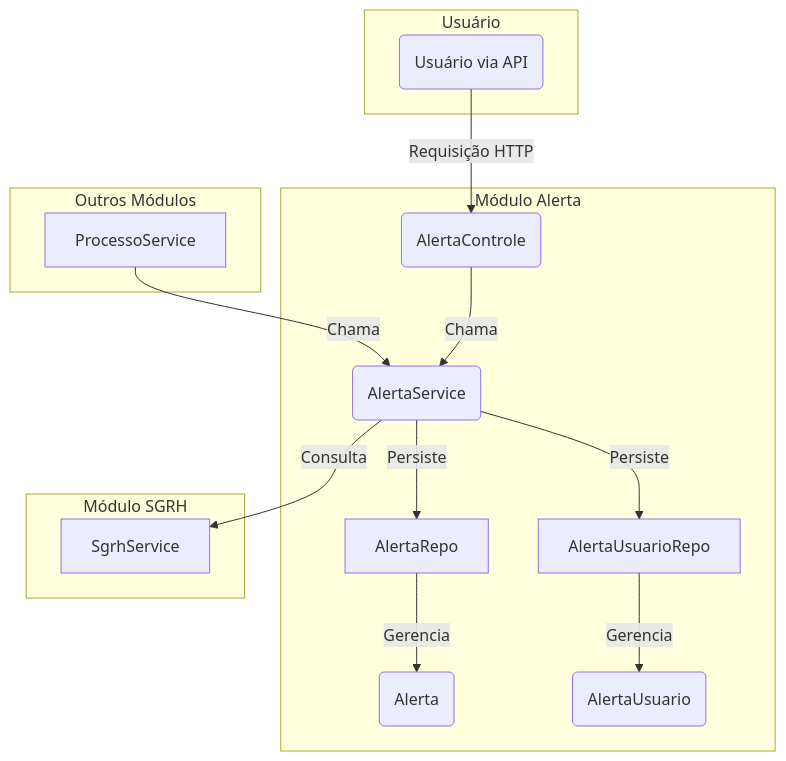
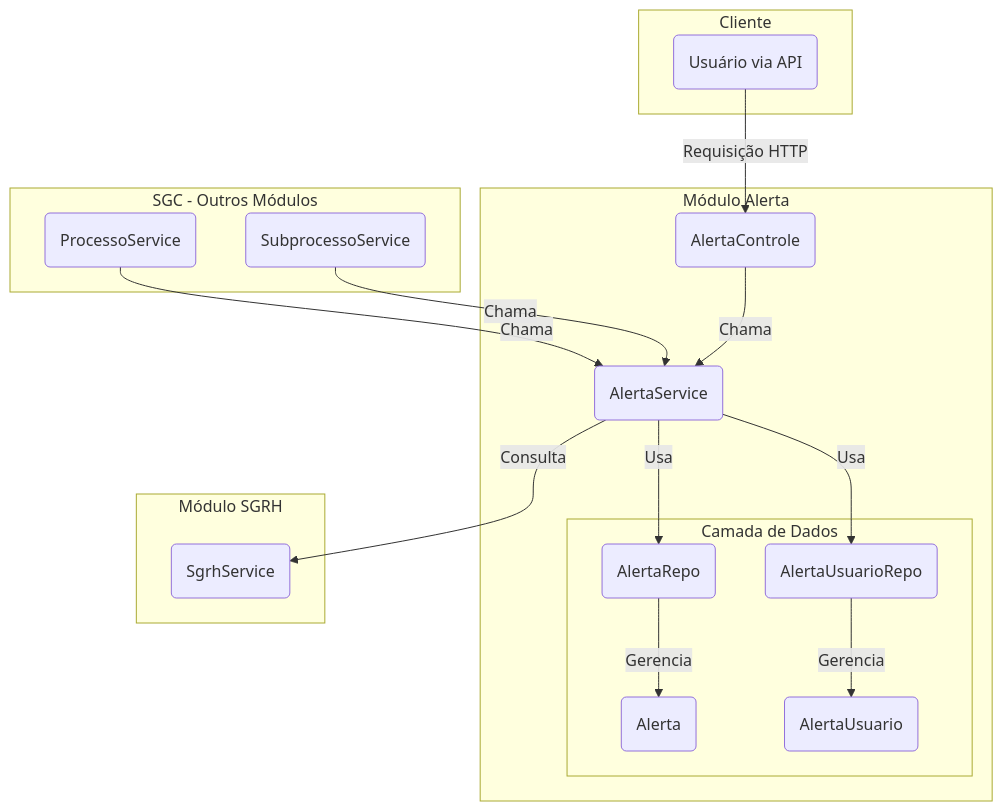
One commit to lgalvao/sgc changed the diagram in backend/src/main/java/sgc/alerta/README.md. Above: the diagram before and after it, drawn with Mermaid. The commit also changed other lines of this file and 23 other files, not shown here.

First line of the commit message:
docs: Update all backend READMEs and add Mermaid diagrams

````diff
--- a/backend/src/main/java/sgc/alerta/README.md
+++ b/backend/src/main/java/sgc/alerta/README.md
@@ -45,32 +22,40 @@
 ```mermaid
 graph TD
-    subgraph "Outros Módulos"
-        A[ProcessoService]
+    subgraph "SGC - Outros Módulos"
+        ProcessoService(ProcessoService)
+        SubprocessoService(SubprocessoService)
     end
 
     subgraph "Módulo Alerta"
-        B(AlertaService)
-        C(AlertaControle)
-        D[AlertaRepo]
-        E[AlertaUsuarioRepo]
-        F(Alerta)
-        G(AlertaUsuario)
+        AlertaControle(AlertaControle)
+        AlertaService(AlertaService)
+
+        subgraph "Camada de Dados"
+            AlertaRepo(AlertaRepo)
+            AlertaUsuarioRepo(AlertaUsuarioRepo)
+            Alerta(Alerta)
+            AlertaUsuario(AlertaUsuario)
+        end
     end
 
     subgraph "Módulo SGRH"
-        H[SgrhService]
+        SgrhService(SgrhService)
     end
 
-    subgraph "Usuário"
-        U(Usuário via API)
+    subgraph "Cliente"
+        UsuarioAPI(Usuário via API)
     end
 
-    A -- Chama --> B
-    B -- Consulta --> H
-    B -- Persiste --> D
-    B -- Persiste --> E
-    D -- Gerencia --> F
-    E -- Gerencia --> G
-    U -- Requisição HTTP --> C
-    C -- Chama --> B
+    ProcessoService -- Chama --> AlertaService
+    SubprocessoService -- Chama --> AlertaService
+
+    AlertaService -- Consulta --> SgrhService
+    AlertaService -- Usa --> AlertaRepo
+    AlertaService -- Usa --> AlertaUsuarioRepo
+
+    AlertaRepo -- Gerencia --> Alerta
+    AlertaUsuarioRepo -- Gerencia --> AlertaUsuario
+
+    UsuarioAPI -- Requisição HTTP --> AlertaControle
+    AlertaControle -- Chama --> AlertaService
 ```
````
